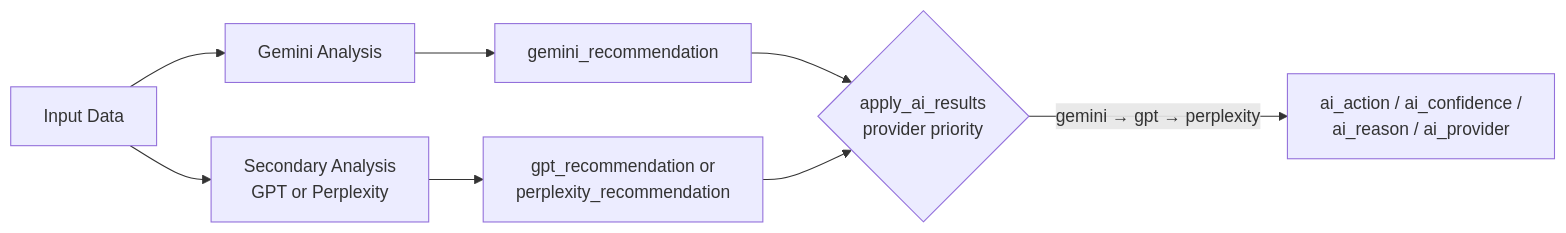
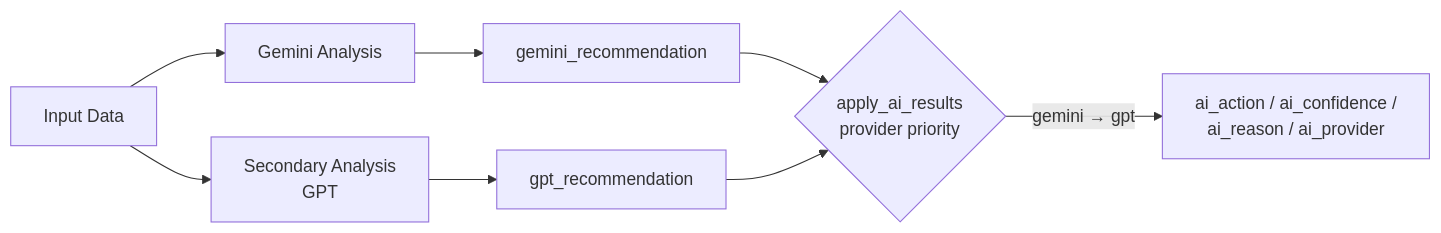
Before and after one commit to freelife1191/closing-bet-demo: the third of 6 diagrams in README.md, drawn with Mermaid. The commit also changed other lines of this file and 13 other files, not shown here.

````diff
--- a/README.md
+++ b/README.md
@@ -567,10 +562,10 @@
 ```mermaid
 graph LR
     A[Input Data] --> B[Gemini Analysis]
-    A --> C[Secondary Analysis<br/>GPT or Perplexity]
+    A --> C[Secondary Analysis<br/>GPT]
     B --> D[gemini_recommendation]
-    C --> E[gpt_recommendation or<br/>perplexity_recommendation]
+    C --> E[gpt_recommendation]
     D --> F{apply_ai_results<br/>provider priority}
     E --> F
-    F -->|gemini → gpt → perplexity| G[ai_action / ai_confidence /<br/>ai_reason / ai_provider]
+    F -->|gemini → gpt| G[ai_action / ai_confidence /<br/>ai_reason / ai_provider]
 ```
````
